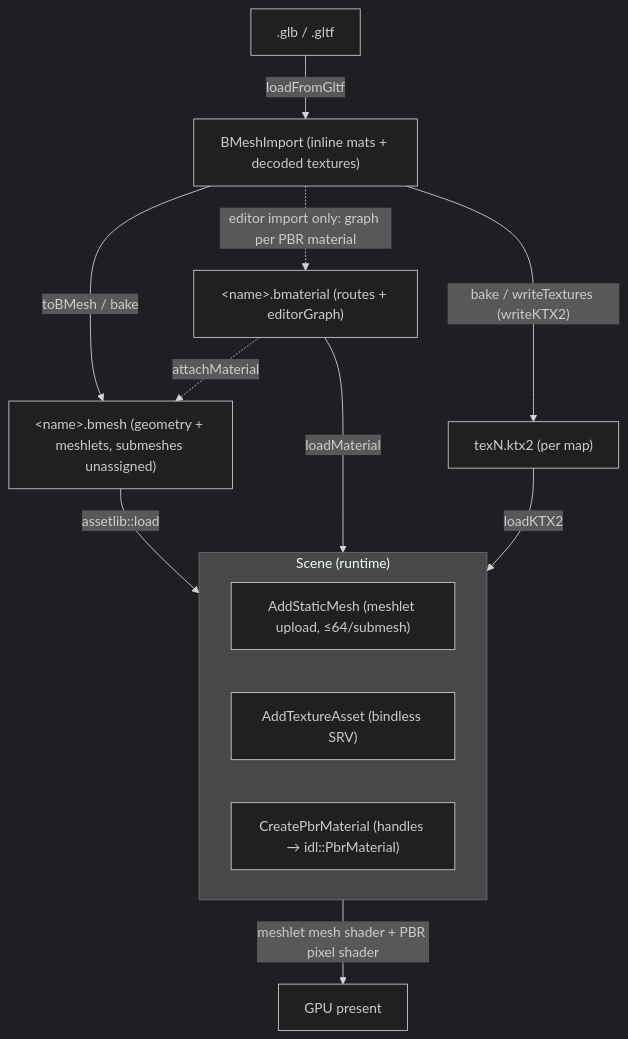
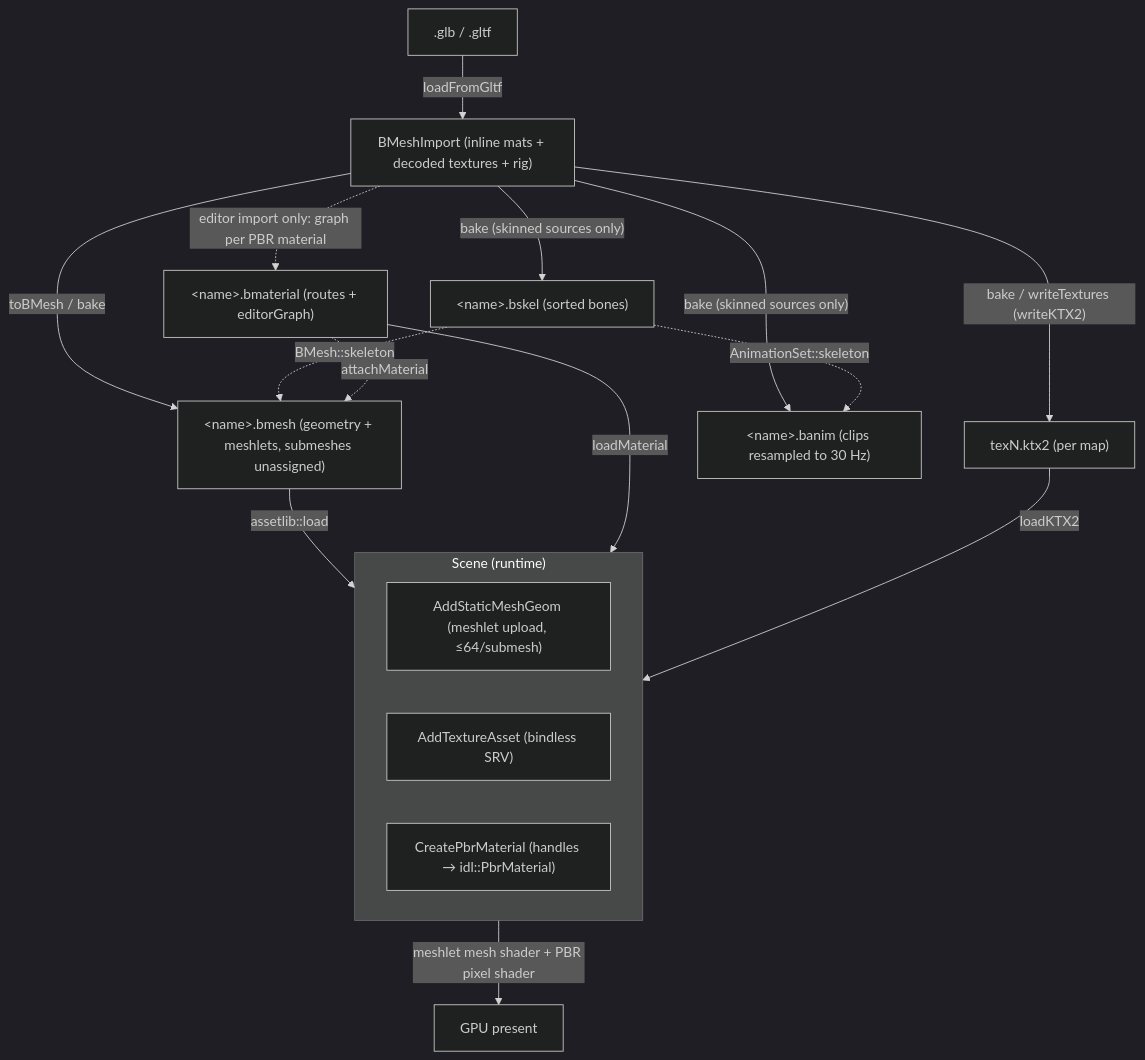
One commit to alexjiang200407/bernini changed the diagram in docs/asset_standards.md. Above: the diagram before and after it, drawn with Mermaid (dark theme). The commit also changed other lines of this file and 130 other files, not shown here.

First line of the commit message:
Vertex Animation Textures — bake a rig's clips to textures, draw animated crowds from them (#340)

````diff
--- a/docs/asset_standards.md
+++ b/docs/asset_standards.md
@@ -400,20 +538,24 @@
 ```mermaid
 flowchart TD
-    GLTF[".glb / .gltf"] -- "loadFromGltf" --> IMP["BMeshImport (inline mats + decoded textures)"]
+    GLTF[".glb / .gltf"] -- "loadFromGltf" --> IMP["BMeshImport (inline mats + decoded textures + rig)"]
     IMP -- "toBMesh / bake" --> BMESH["&lt;name&gt;.bmesh (geometry + meshlets, submeshes unassigned)"]
     IMP -- "bake / writeTextures (writeKTX2)" --> TEX["texN.ktx2 (per map)"]
+    IMP -- "bake (skinned sources only)" --> SKEL["&lt;name&gt;.bskel (sorted bones)"]
+    IMP -- "bake (skinned sources only)" --> ANIM["&lt;name&gt;.banim (clips resampled to 30 Hz)"]
+    SKEL -. "BMesh::skeleton" .-> BMESH
+    SKEL -. "AnimationSet::skeleton" .-> ANIM
     IMP -. "editor import only: graph per PBR material" .-> BMAT["&lt;name&gt;.bmaterial (routes + editorGraph)"]
     BMAT -. "attachMaterial" .-> BMESH
 
     BMESH -- "assetlib::load" --> SCENE
     BMAT -- "loadMaterial" --> SCENE
     TEX -- "loadKTX2" --> SCENE
 
     subgraph SCENE["Scene (runtime)"]
-        AM["AddStaticMesh (meshlet upload, ≤64/submesh)"]
+        AM["AddStaticMeshGeom (meshlet upload, ≤64/submesh)"]
         AT["AddTextureAsset (bindless SRV)"]
         CM["CreatePbrMaterial (handles → idl::PbrMaterial)"]
     end
 
     SCENE -- "meshlet mesh shader + PBR pixel shader" --> GPU["GPU present"]
 ```
````
